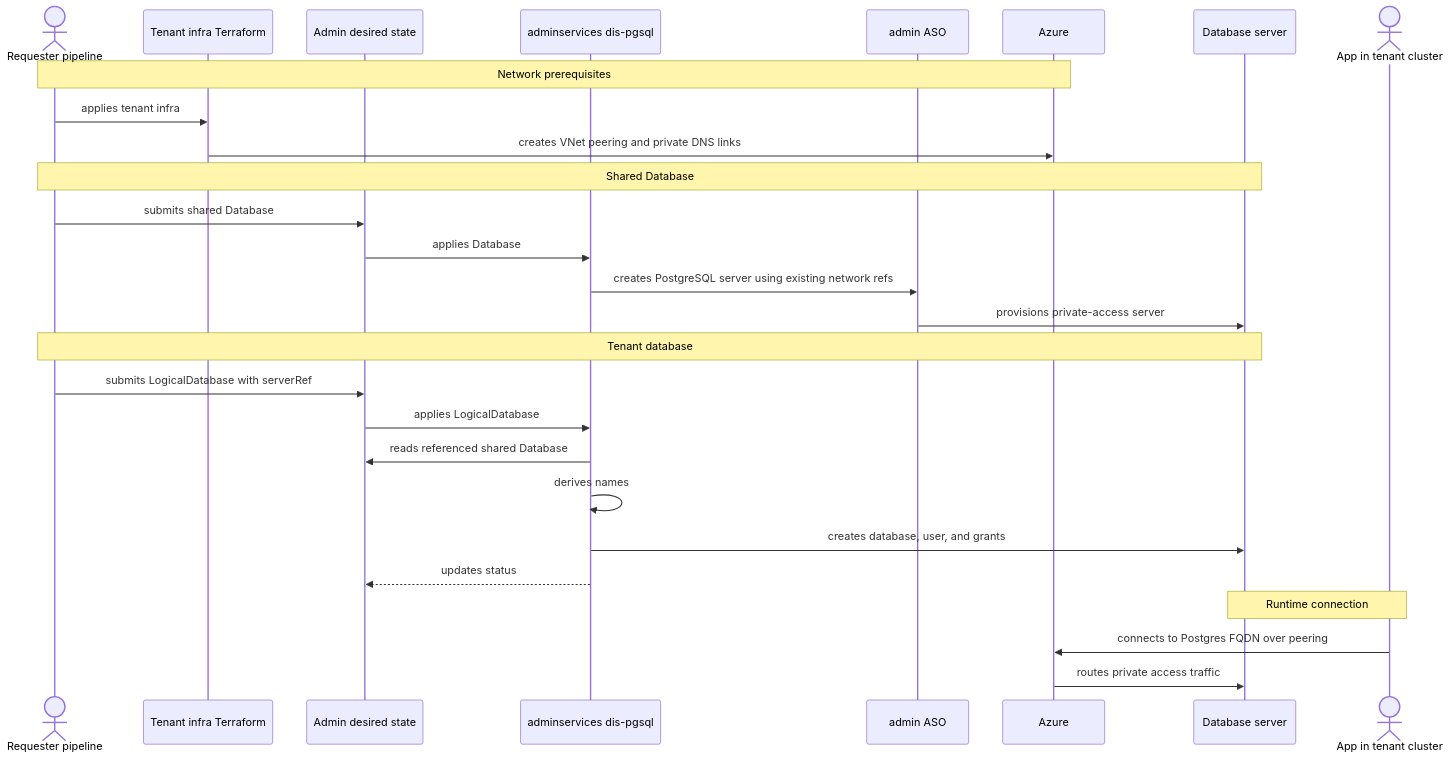
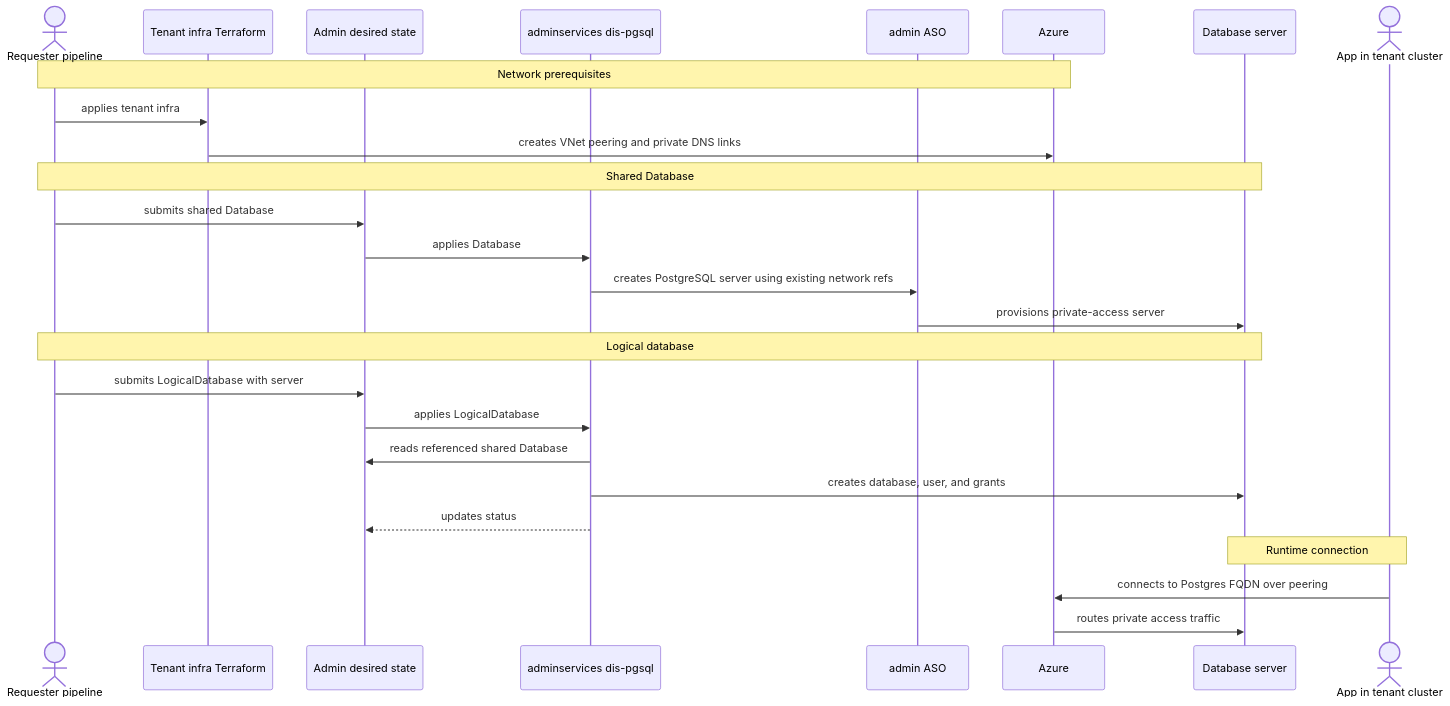
Before and after one commit to Altinn/altinn-platform: the diagram in rfcs/0013-multitenant-dis-databases.md, drawn with Mermaid. The commit also changed other lines of this file and 13 other files, not shown here.

Commit message:
feat(dis-pgsql): use explicit logical database names

````diff
--- a/rfcs/0013-multitenant-dis-databases.md
+++ b/rfcs/0013-multitenant-dis-databases.md
@@ -47,33 +51,32 @@
 ```mermaid
 sequenceDiagram
     actor Requester as Requester pipeline
     participant Infra as Tenant infra Terraform
     participant DesiredState as Admin desired state
     participant Operator as adminservices dis-pgsql
     participant ASO as admin ASO
     participant Network as Azure
     participant Postgres as Database server
     actor App as App in tenant cluster
 
     Note over Requester,Network: Network prerequisites
     Requester->>Infra: applies tenant infra
     Infra->>Network: creates VNet peering and private DNS links
 
     Note over Requester,Postgres: Shared Database
     Requester->>DesiredState: submits shared Database
     DesiredState->>Operator: applies Database
     Operator->>ASO: creates PostgreSQL server using existing network refs
     ASO->>Postgres: provisions private-access server
 
-    Note over Requester,Postgres: Tenant database
-    Requester->>DesiredState: submits LogicalDatabase with serverRef
+    Note over Requester,Postgres: Logical database
+    Requester->>DesiredState: submits LogicalDatabase with server
     DesiredState->>Operator: applies LogicalDatabase
     Operator->>DesiredState: reads referenced shared Database
-    Operator->>Operator: derives names
     Operator->>Postgres: creates database, user, and grants
     Operator-->>DesiredState: updates status
 
     Note over App,Postgres: Runtime connection
     App->>Network: connects to Postgres FQDN over peering
     Network->>Postgres: routes private access traffic
 ```
````
